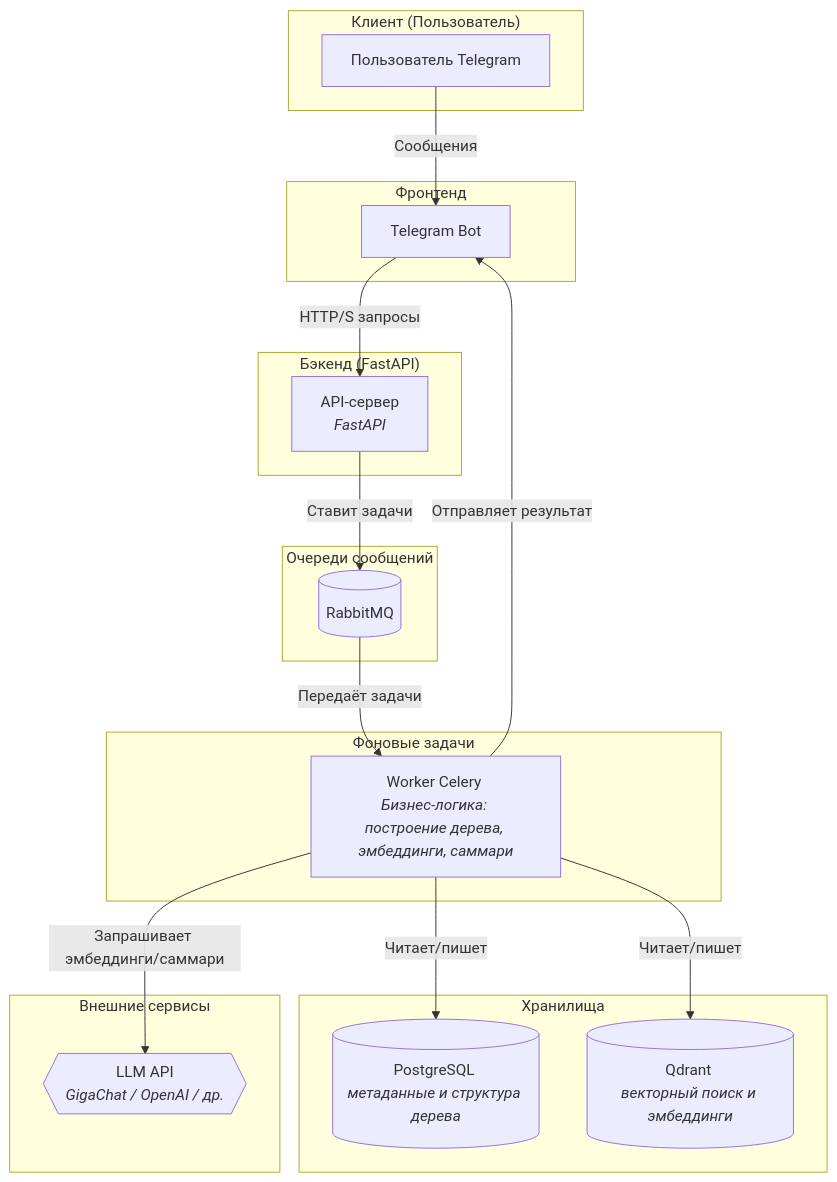
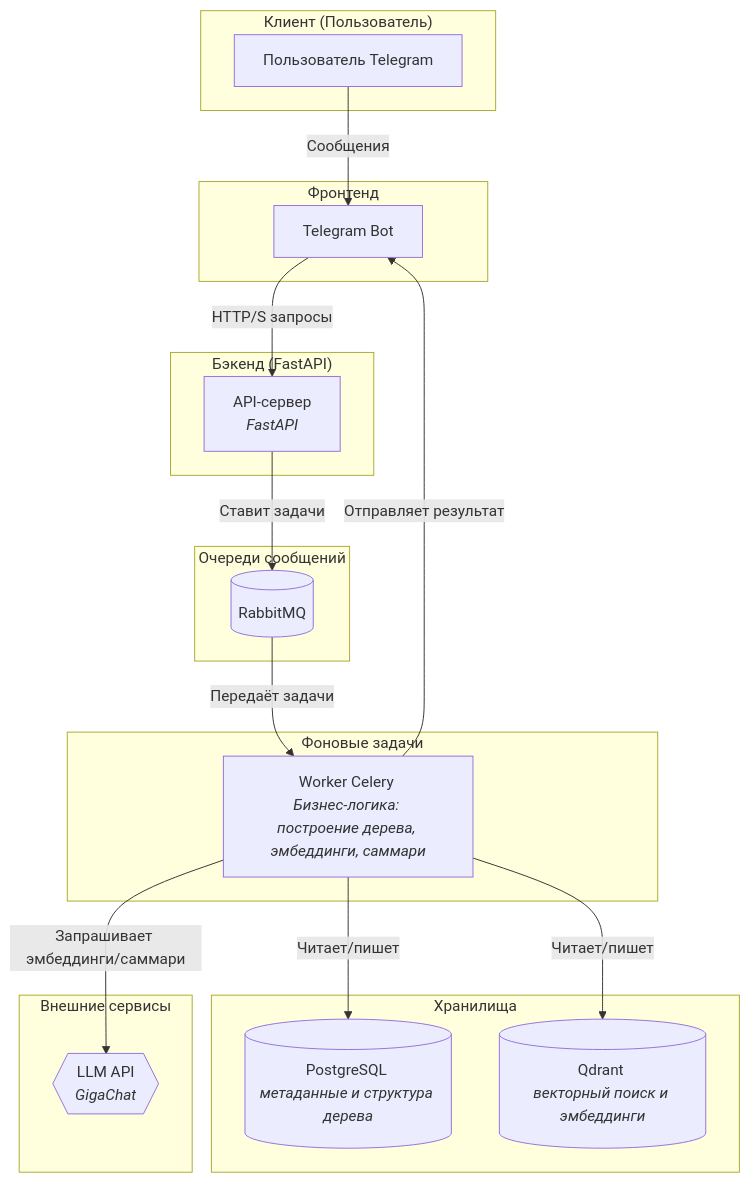
Before and after one commit to patolog123/Analyst-3.0: the diagram in Анастасия_Друзьянова/architect.MD, drawn with Mermaid.

````diff
--- a/Анастасия_Друзьянова/architect.MD
+++ b/Анастасия_Друзьянова/architect.MD
@@ -1,41 +1,41 @@
 ```mermaid
 graph TD
     subgraph "Клиент (Пользователь)"
         A[Пользователь Telegram]
     end
 
     subgraph "Фронтенд"
         B[Telegram Bot]
     end
 
     subgraph "Бэкенд (FastAPI)"
         C[API-сервер <br><i>FastAPI</i>]
     end
 
     subgraph "Очереди сообщений"
         J[(RabbitMQ)]
     end
 
     subgraph "Фоновые задачи"
         F[Worker Celery <br><i>Бизнес-логика: построение дерева, эмбеддинги, саммари</i>]
     end
 
     subgraph "Хранилища"
         G[(PostgreSQL <br><i>метаданные и структура дерева</i>)]
         I[(Qdrant <br><i>векторный поиск и эмбеддинги</i>)]
     end
 
     subgraph "Внешние сервисы"
-        H{{LLM API <br><i>GigaChat / OpenAI / др.</i>}}
+        H{{LLM API <br><i>GigaChat</i>}}
     end
 
     %% Связи между компонентами
     A -- Сообщения --> B
     B -- HTTP/S запросы --> C
     C -- Ставит задачи --> J
     J -- Передаёт задачи --> F
     F -- Запрашивает эмбеддинги/саммари --> H
     F -- Читает/пишет --> G
     F -- Читает/пишет --> I
     F -- Отправляет результат --> B
 ```
````
